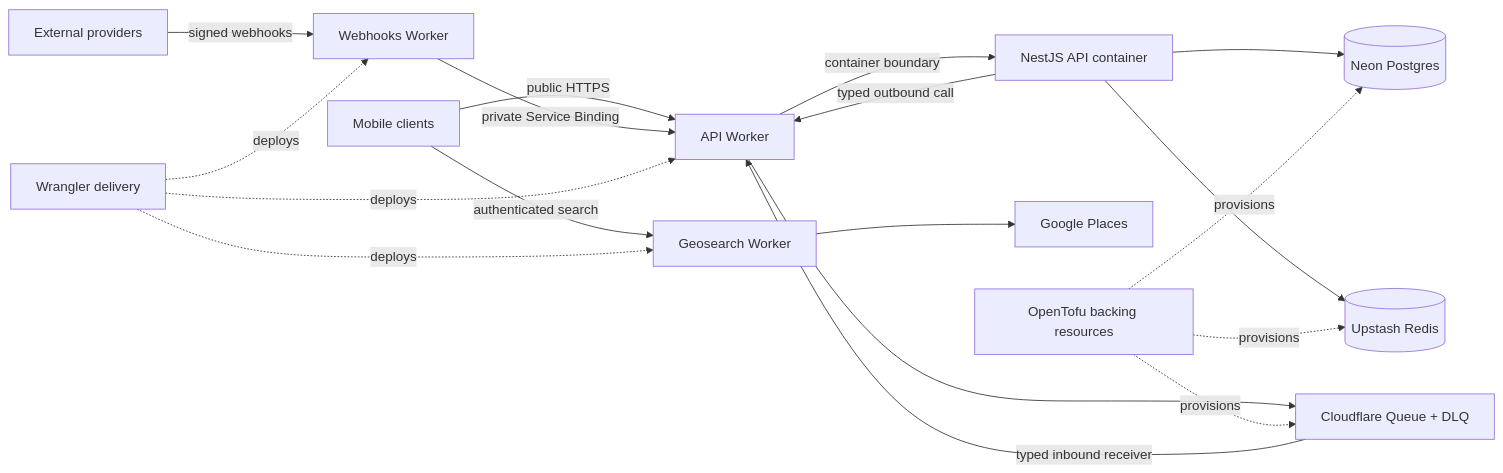
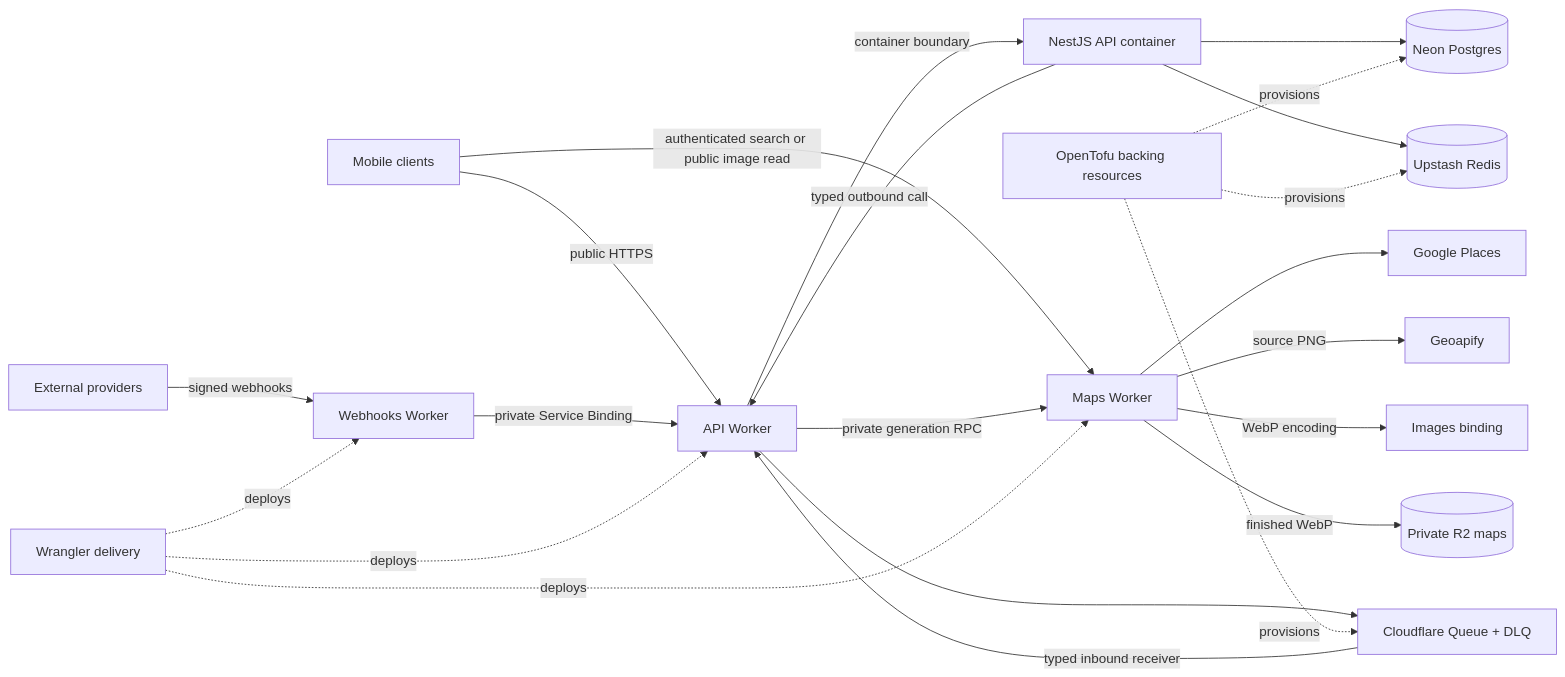
Before and after one commit to Cataqui/backend: the diagram in README.md, drawn with Mermaid. The commit also changed other lines of this file and 285 other files, not shown here.

````diff
--- a/README.md
+++ b/README.md
@@ -51,25 +50,29 @@
 ```mermaid
 flowchart LR
     Client[Mobile clients] -->|public HTTPS| ApiWorker[API Worker]
     ApiWorker -->|container boundary| Api[NestJS API container]
 
-    Client -->|authenticated search| Geosearch[Geosearch Worker]
-    Geosearch --> Places[Google Places]
+    Client -->|authenticated search or public image read| Maps[Maps Worker]
+    Maps --> Places[Google Places]
+    ApiWorker -->|private generation RPC| Maps
+    Maps -->|source PNG| Geoapify[Geoapify]
+    Maps -->|WebP encoding| Images[Images binding]
+    Maps -->|finished WebP| R2[(Private R2 maps)]
 
     Providers[External providers] -->|signed webhooks| Webhooks[Webhooks Worker]
     Webhooks -->|private Service Binding| ApiWorker
 
     Api --> Postgres[(Neon Postgres)]
     Api --> Redis[(Upstash Redis)]
     Api -->|typed outbound call| ApiWorker
     ApiWorker --> Queue[Cloudflare Queue + DLQ]
     Queue -->|typed inbound receiver| ApiWorker
 
     Wrangler[Wrangler delivery] -. deploys .-> ApiWorker
-    Wrangler -. deploys .-> Geosearch
+    Wrangler -. deploys .-> Maps
     Wrangler -. deploys .-> Webhooks
 
     Infra[OpenTofu backing resources] -. provisions .-> Queue
     Infra -. provisions .-> Postgres
     Infra -. provisions .-> Redis
 ```
````
